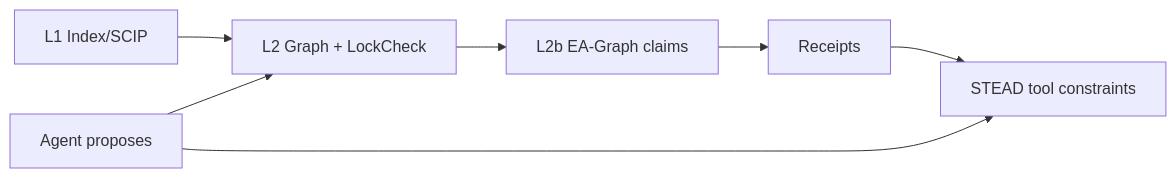
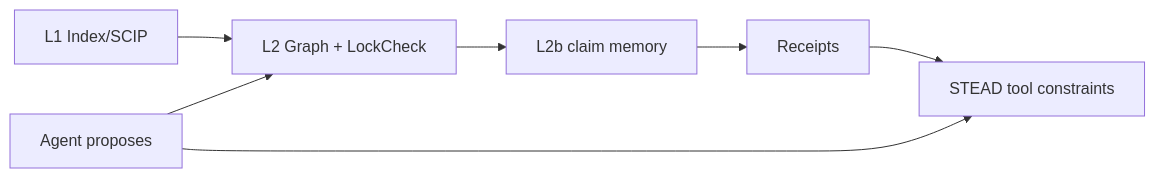
Before and after one commit to huntyyyyyy/spring-boot-doc-agent: the second of 2 diagrams in ports/verified-architecture/STRUCTURE.md, drawn with Mermaid. The commit also changed other lines of this file and 124 other files, not shown here.

First line of the commit message:
docs(verified-architecture): parallel predicate-prose rewrite (partitions A–F)

````diff
--- a/ports/verified-architecture/STRUCTURE.md
+++ b/ports/verified-architecture/STRUCTURE.md
@@ -98,9 +69,9 @@
 ```mermaid
 flowchart LR
   L1[L1 Index/SCIP] --> L2[L2 Graph + LockCheck]
-  L2 --> L2b[L2b EA-Graph claims]
+  L2 --> L2b[L2b claim memory]
   L2b --> R[Receipts]
   R --> T[STEAD tool constraints]
   A[Agent proposes] --> L2
   A --> T
 ```
````
